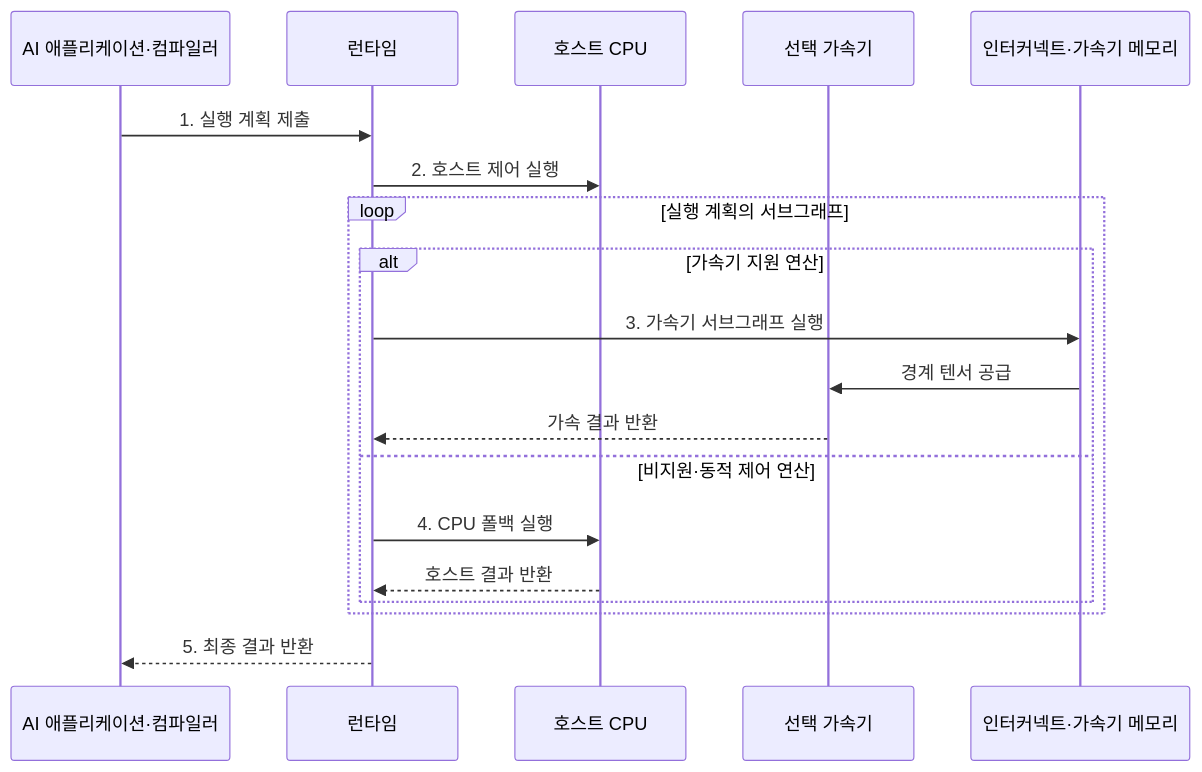
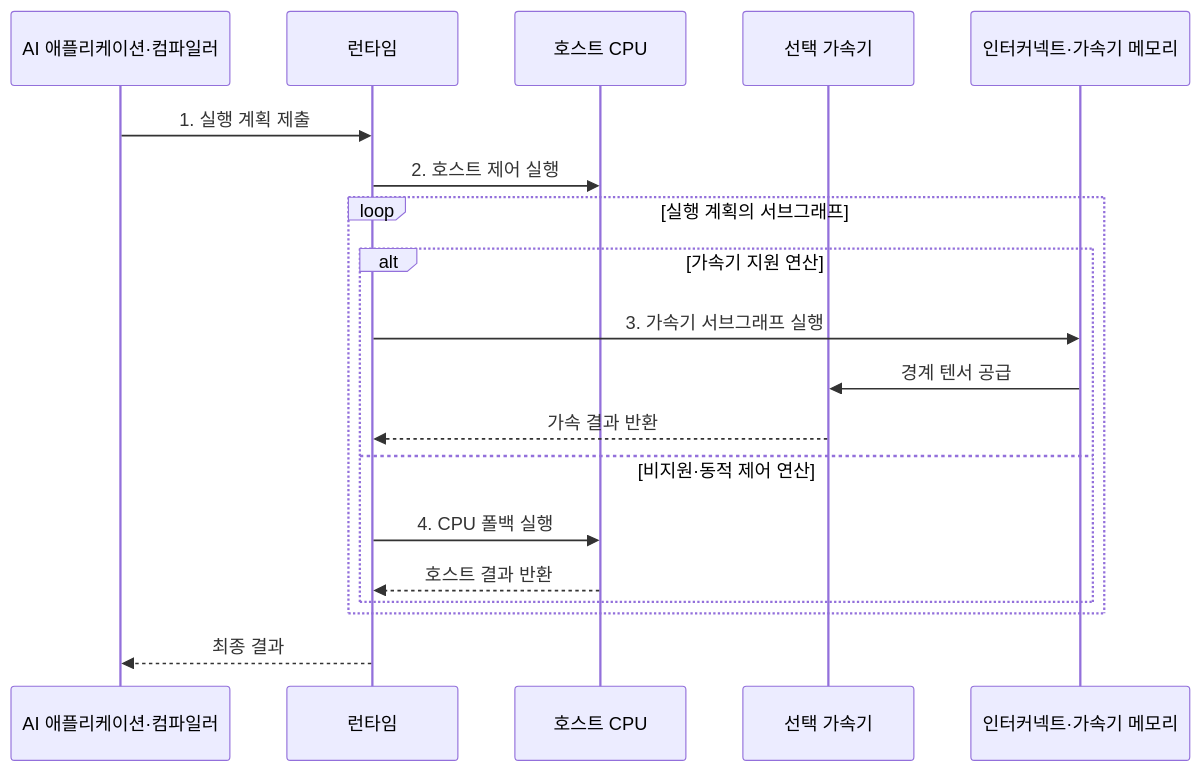
One commit to agnusdei1207/knowledge-base changed the second of 2 diagrams in src/content/docs/notes/02-hardware/046_ai_accelerator_comparison.md. Above: the diagram before and after it, drawn with Mermaid. The commit also changed other lines of this file and 20 other files, not shown here.

````diff
--- a/src/content/docs/notes/02-hardware/046_ai_accelerator_comparison.md
+++ b/src/content/docs/notes/02-hardware/046_ai_accelerator_comparison.md
@@ -87,22 +87,22 @@
 ```mermaid
 sequenceDiagram
     participant A as AI 애플리케이션·컴파일러
     participant R as 런타임
     participant H as 호스트 CPU
     participant X as 선택 가속기
     participant M as 인터커넥트·가속기 메모리
 
     A->>R: 1. 실행 계획 제출
     R->>H: 2. 호스트 제어 실행
     loop 실행 계획의 서브그래프
         alt 가속기 지원 연산
             R->>M: 3. 가속기 서브그래프 실행
             M->>X: 경계 텐서 공급
             X-->>R: 가속 결과 반환
         else 비지원·동적 제어 연산
             R->>H: 4. CPU 폴백 실행
             H-->>R: 호스트 결과 반환
         end
     end
-    R-->>A: 5. 최종 결과 반환
+    R-->>A: 최종 결과
 ```
````
